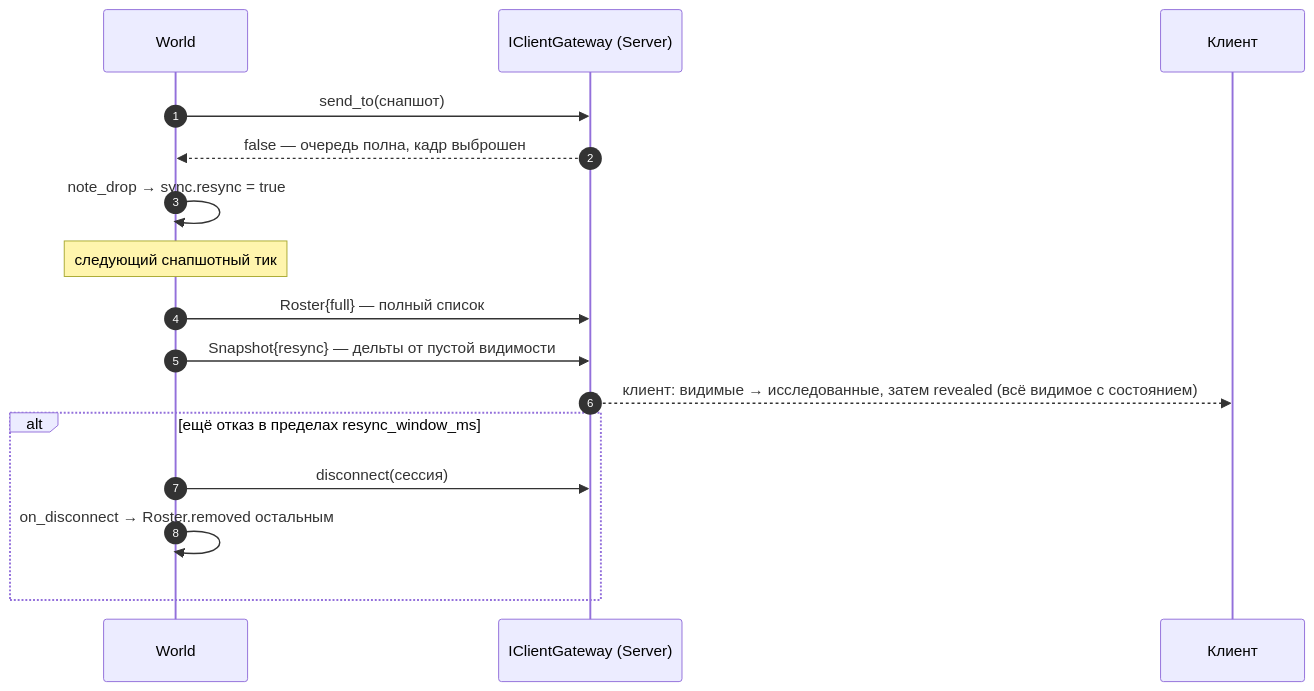
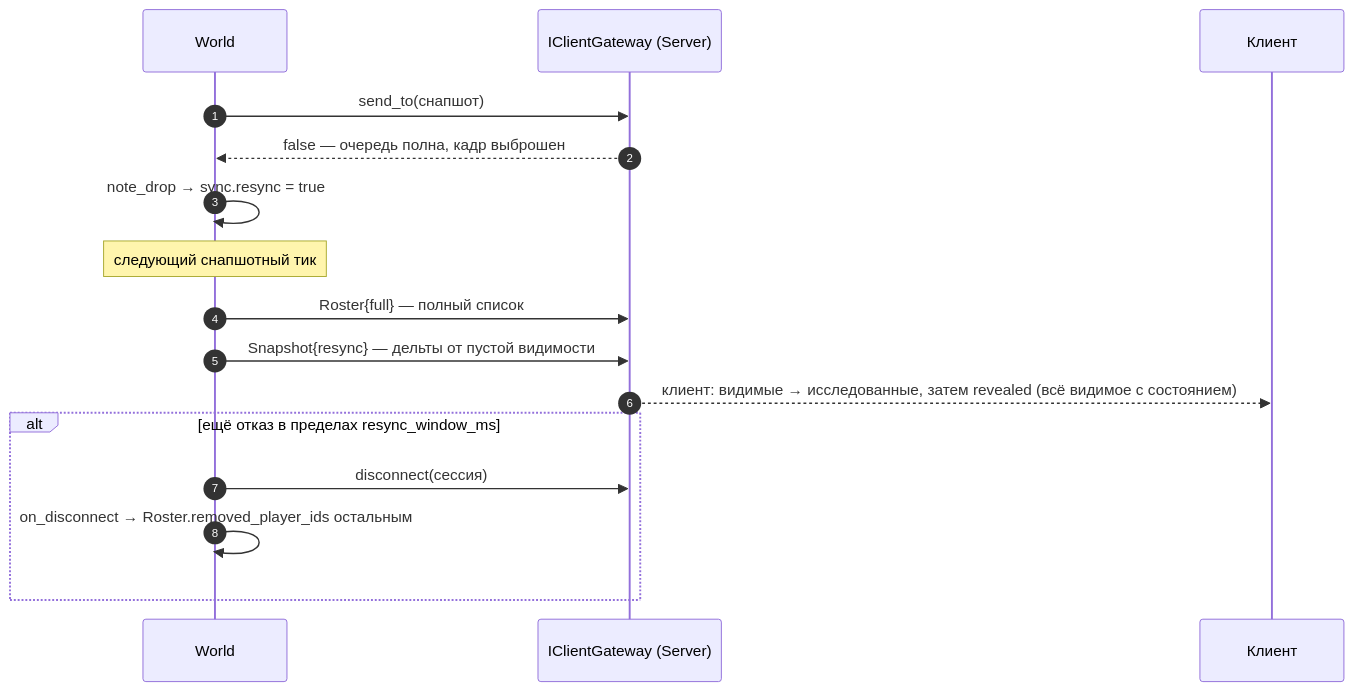
Before and after one commit to litcxx/Game: the tenth of 10 diagrams in server/docs/sequence-diagram.md, drawn with Mermaid. The commit also changed other lines of this file and 26 other files, not shown here.

````diff
--- a/server/docs/sequence-diagram.md
+++ b/server/docs/sequence-diagram.md
@@ -346,19 +346,19 @@
 ```mermaid
 sequenceDiagram
     autonumber
     participant world as World
     participant gw as IClientGateway (Server)
     participant C as Клиент
 
     world->>gw: send_to(снапшот)
     gw-->>world: false — очередь полна, кадр выброшен
     world->>world: note_drop → sync.resync = true
     Note over world: следующий снапшотный тик
     world->>gw: Roster{full} — полный список
     world->>gw: Snapshot{resync} — дельты от пустой видимости
     gw-->>C: клиент: видимые → исследованные, затем revealed (всё видимое с состоянием)
     alt ещё отказ в пределах resync_window_ms
         world->>gw: disconnect(сессия)
-        world->>world: on_disconnect → Roster.removed остальным
+        world->>world: on_disconnect → Roster.removed_player_ids остальным
     end
 ```
````
